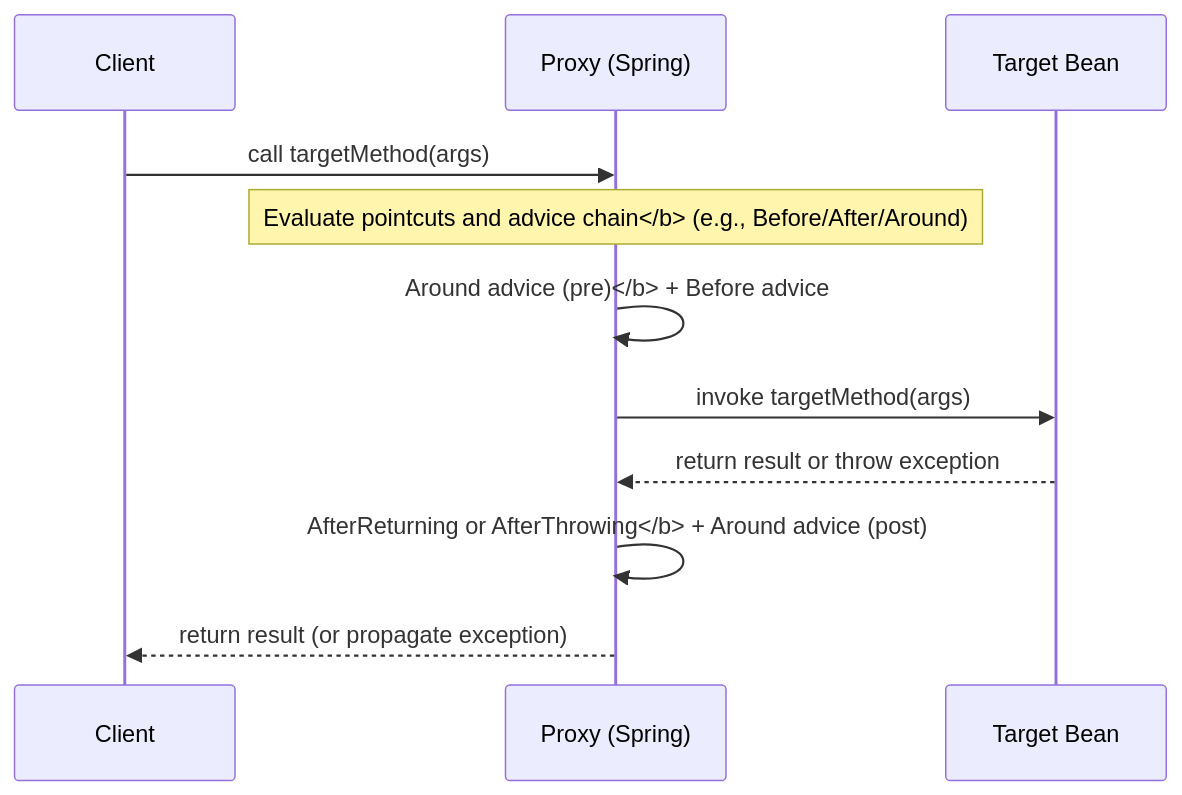
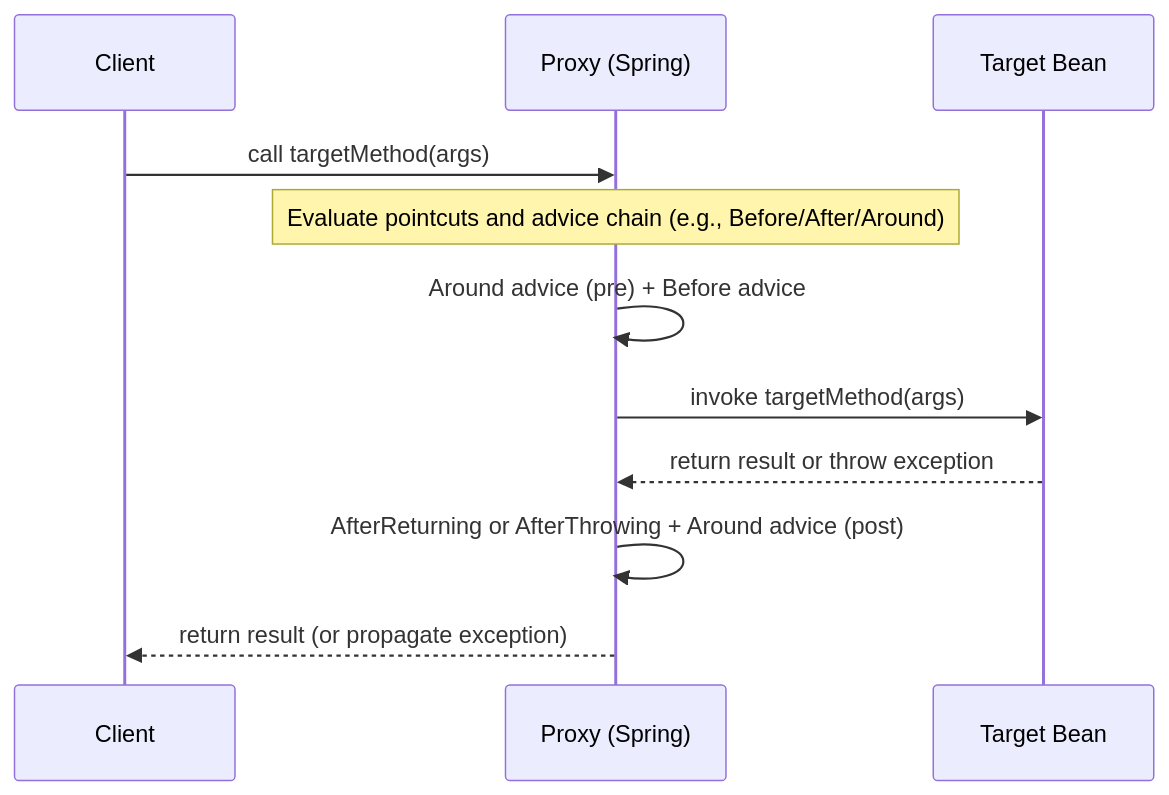
The first of 3 diagrams in 6_Spring_AOP.md (mohakhan03uk/Spring), drawn with Mermaid before and after one commit. The commit also changed other lines of this file, not shown here.

````diff
--- a/6_Spring_AOP.md
+++ b/6_Spring_AOP.md
@@ -50,14 +50,14 @@
 ```mermaid
 sequenceDiagram
     participant C as Client
     participant P as Proxy (Spring)
     participant T as Target Bean
 
     C->>P: call targetMethod(args)
-    Note over P: Evaluate pointcuts and advice chain</b> (e.g., Before/After/Around)
-    P->>P: Around advice (pre)</b> + Before advice
+    Note over P: Evaluate pointcuts and advice chain (e.g., Before/After/Around)
+    P->>P: Around advice (pre) + Before advice
     P->>T: invoke targetMethod(args)
     T-->>P: return result or throw exception
-    P->>P: AfterReturning or AfterThrowing</b> + Around advice (post)
+    P->>P: AfterReturning or AfterThrowing + Around advice (post)
     P-->>C: return result (or propagate exception)
 ```
````
